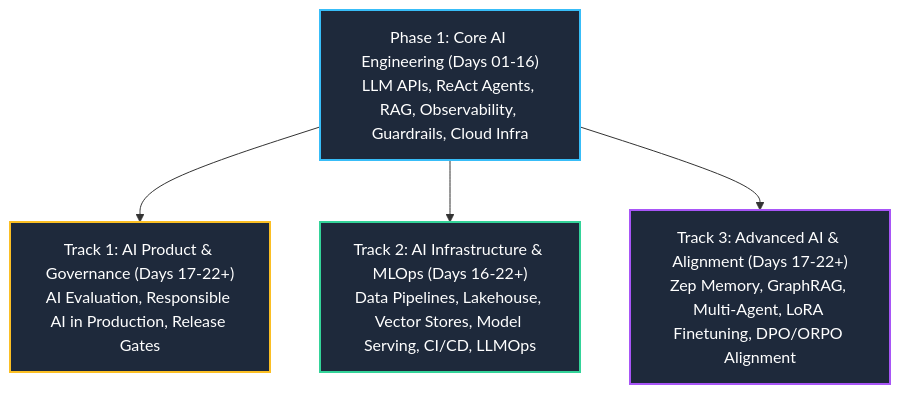
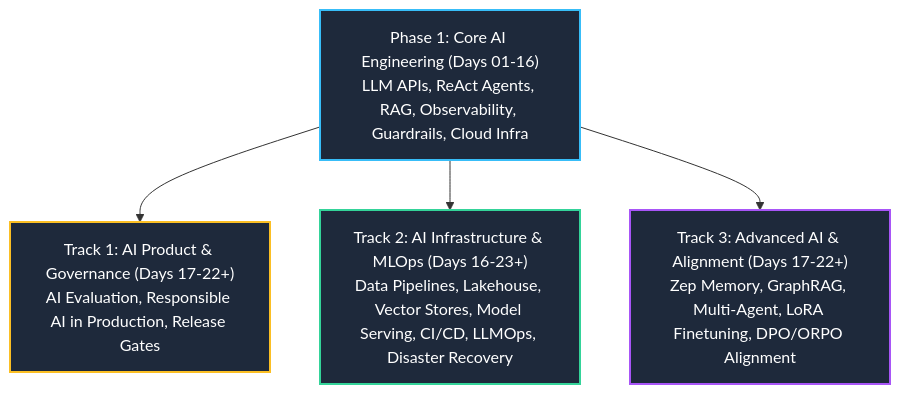
Before and after one commit to lystiger/Second-Brain: the diagram in 🧠 Learning/VinUni-AI20k-Curriculum-Schedule.md, drawn with Mermaid. The commit also changed other lines of this file and 3 other files, not shown here.

````diff
--- a/🧠 Learning/VinUni-AI20k-Curriculum-Schedule.md
+++ b/🧠 Learning/VinUni-AI20k-Curriculum-Schedule.md
@@ -29,21 +29,21 @@
 ```mermaid
 flowchart TB
     P1["Phase 1: Core AI Engineering (Days 01-16)<br/>LLM APIs, ReAct Agents, RAG, Observability, Guardrails, Cloud Infra"]
     T1["Track 1: AI Product & Governance (Days 17-22+)<br/>AI Evaluation, Responsible AI in Production, Release Gates"]
-    T2["Track 2: AI Infrastructure & MLOps (Days 16-22+)<br/>Data Pipelines, Lakehouse, Vector Stores, Model Serving, CI/CD, LLMOps"]
+    T2["Track 2: AI Infrastructure & MLOps (Days 16-23+)<br/>Data Pipelines, Lakehouse, Vector Stores, Model Serving, CI/CD, LLMOps, Disaster Recovery"]
     T3["Track 3: Advanced AI & Alignment (Days 17-22+)<br/>Zep Memory, GraphRAG, Multi-Agent, LoRA Finetuning, DPO/ORPO Alignment"]
     
     P1 --> T1
     P1 --> T2
     P1 --> T3
     
     classDef p1 fill:#1e293b,stroke:#38bdf8,stroke-width:2px,color:#fff;
     classDef t1 fill:#1e293b,stroke:#fbbf24,stroke-width:2px,color:#fff;
     classDef t2 fill:#1e293b,stroke:#34d399,stroke-width:2px,color:#fff;
     classDef t3 fill:#1e293b,stroke:#a855f7,stroke-width:2px,color:#fff;
     
     class P1 p1;
     class T1 t1;
     class T2 t2;
     class T3 t3;
 ```
````
